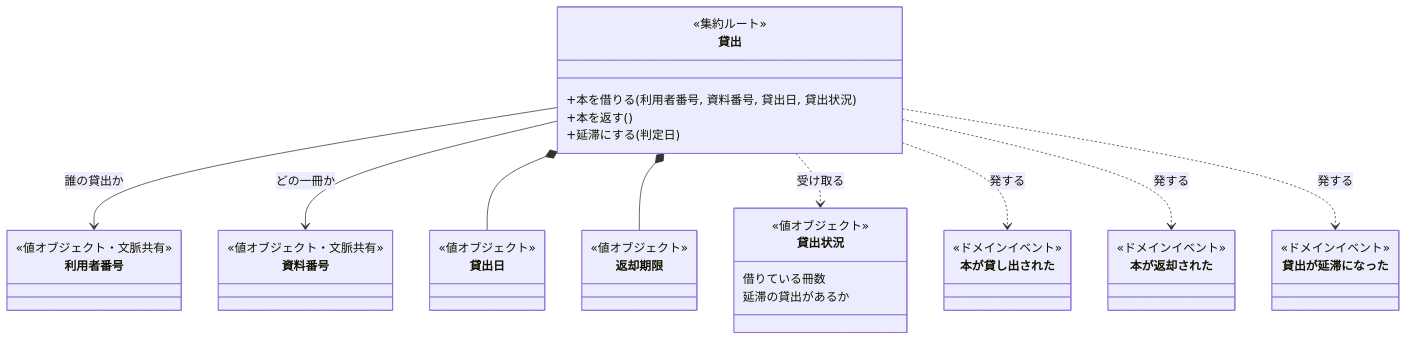
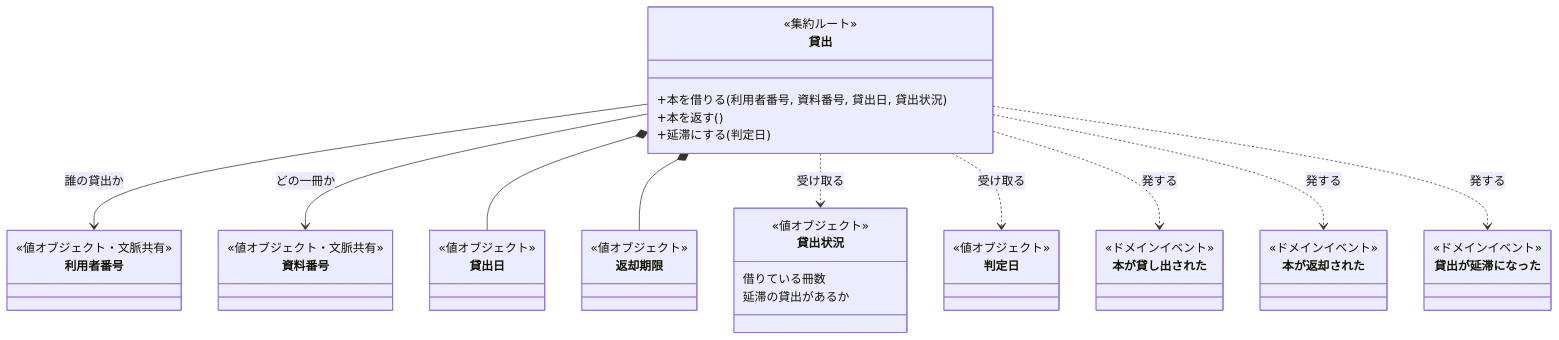
Before and after one commit to nakamori-naoya/write-doc-plugins: the first of 2 diagrams in plugins/write-doc/skills/write-doc/assets/examples/domain-model.example.md, drawn with Mermaid. The commit also changed other lines of this file and 1 other file, not shown here.

First line of the commit message:
fix(domain-model): 受け付けない状態の拒む理由を書かせ、コマンドの節から図の言い直しを外す（R1-02〜05）

````diff
--- a/plugins/write-doc/skills/write-doc/assets/examples/domain-model.example.md
+++ b/plugins/write-doc/skills/write-doc/assets/examples/domain-model.example.md
@@ -10,43 +10,47 @@
 ```mermaid
 classDiagram
     class Loan["貸出"] {
         <<集約ルート>>
         +本を借りる(利用者番号, 資料番号, 貸出日, 貸出状況)
         +本を返す()
         +延滞にする(判定日)
     }
     class UserNo["利用者番号"] {
         <<値オブジェクト・文脈共有>>
     }
     class BookNo["資料番号"] {
         <<値オブジェクト・文脈共有>>
     }
     class LentOn["貸出日"] {
         <<値オブジェクト>>
     }
     class Due["返却期限"] {
+        <<値オブジェクト>>
+    }
+    class JudgedOn["判定日"] {
         <<値オブジェクト>>
     }
     class Standing["貸出状況"] {
         <<値オブジェクト>>
         借りている冊数
         延滞の貸出があるか
     }
     class Lent["本が貸し出された"] {
         <<ドメインイベント>>
     }
     class Returned["本が返却された"] {
         <<ドメインイベント>>
     }
     class Overdue["貸出が延滞になった"] {
         <<ドメインイベント>>
     }
     Loan --> UserNo : 誰の貸出か
     Loan --> BookNo : どの一冊か
     Loan *-- LentOn
     Loan *-- Due
     Loan ..> Standing : 受け取る
+    Loan ..> JudgedOn : 受け取る
     Loan ..> Lent : 発する
     Loan ..> Returned : 発する
     Loan ..> Overdue : 発する
 ```
````
